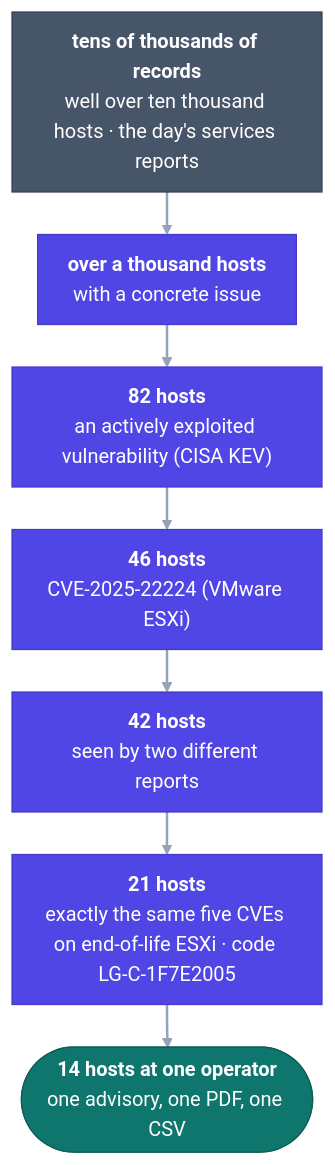
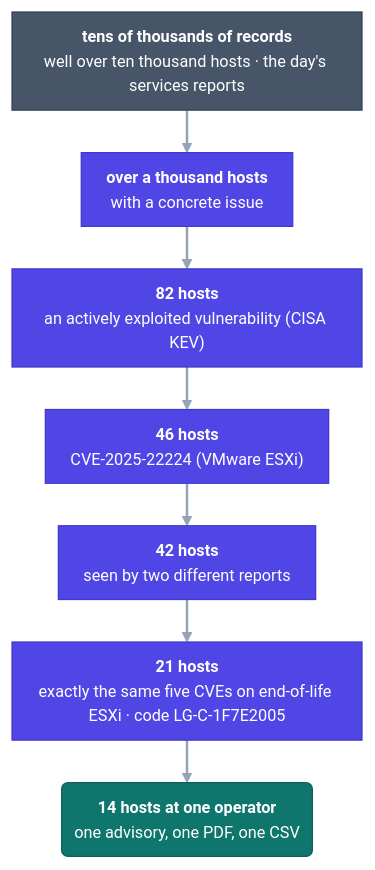
One commit to anonghosty/looking-glass changed the first of 7 diagrams in docs/USE_CASES.md. Above: the diagram before and after it, drawn with Mermaid. The commit also changed other lines of this file and 3 other files, not shown here.

First line of the commit message:
Docs: compact diagrams, and the people as the roles are

````diff
--- a/docs/USE_CASES.md
+++ b/docs/USE_CASES.md
@@ -53,16 +53,19 @@
 ```mermaid
-%%{init: {"flowchart": {"curve": "basis", "nodeSpacing": 30, "rankSpacing": 34, "padding": 12}}}%%
+%%{init: {"themeVariables": {"fontSize": "13px"}, "flowchart": {"curve": "basis", "nodeSpacing": 24, "rankSpacing": 34, "padding": 10, "wrappingWidth": 240}}}%%
 flowchart TD
-    A["<b>tens of thousands of records</b><br/>well over ten thousand hosts · the day's services reports"]:::wide
-    B["<b>over a thousand hosts</b><br/>with a concrete issue"]:::step
-    C["<b>82 hosts</b><br/>an actively exploited vulnerability (CISA KEV)"]:::step
-    D["<b>46 hosts</b><br/>CVE-2025-22224 (VMware ESXi)"]:::step
-    E["<b>42 hosts</b><br/>seen by two different reports"]:::step
-    F["<b>21 hosts</b><br/>exactly the same five CVEs on end-of-life ESXi · code LG-C-1F7E2005"]:::step
-    G(["<b>14 hosts at one operator</b><br/>one advisory, one PDF, one CSV"]):::goal
+    A["<b>tens of thousands of records</b><br/>well over ten thousand hosts · the day's services reports"]:::people
+    B["<b>over a thousand hosts</b><br/>with a concrete issue"]:::pipe
+    C["<b>82 hosts</b><br/>an actively exploited vulnerability (CISA KEV)"]:::pipe
+    D["<b>46 hosts</b><br/>CVE-2025-22224 (VMware ESXi)"]:::pipe
+    E["<b>42 hosts</b><br/>seen by two different reports"]:::pipe
+    F["<b>21 hosts</b><br/>exactly the same five CVEs on end-of-life ESXi · code LG-C-1F7E2005"]:::pipe
+    G("<b>14 hosts at one operator</b><br/>one advisory, one PDF, one CSV"):::db
     A --> B --> C --> D --> E --> F --> G
-    classDef wide fill:#475569,stroke:#334155,color:#fff
-    classDef step fill:#4f46e5,stroke:#4338ca,color:#fff
-    classDef goal fill:#0f766e,stroke:#115e59,color:#fff
+    classDef src fill:#0369a1,stroke:#075985,color:#fff
+    classDef pipe fill:#4f46e5,stroke:#4338ca,color:#fff
+    classDef db fill:#0f766e,stroke:#115e59,color:#fff
+    classDef app fill:#6d28d9,stroke:#5b21b6,color:#fff
+    classDef people fill:#475569,stroke:#334155,color:#fff
+    classDef ext fill:#b45309,stroke:#92400e,color:#fff
     linkStyle default stroke:#94a3b8,stroke-width:2px
 ```
````
